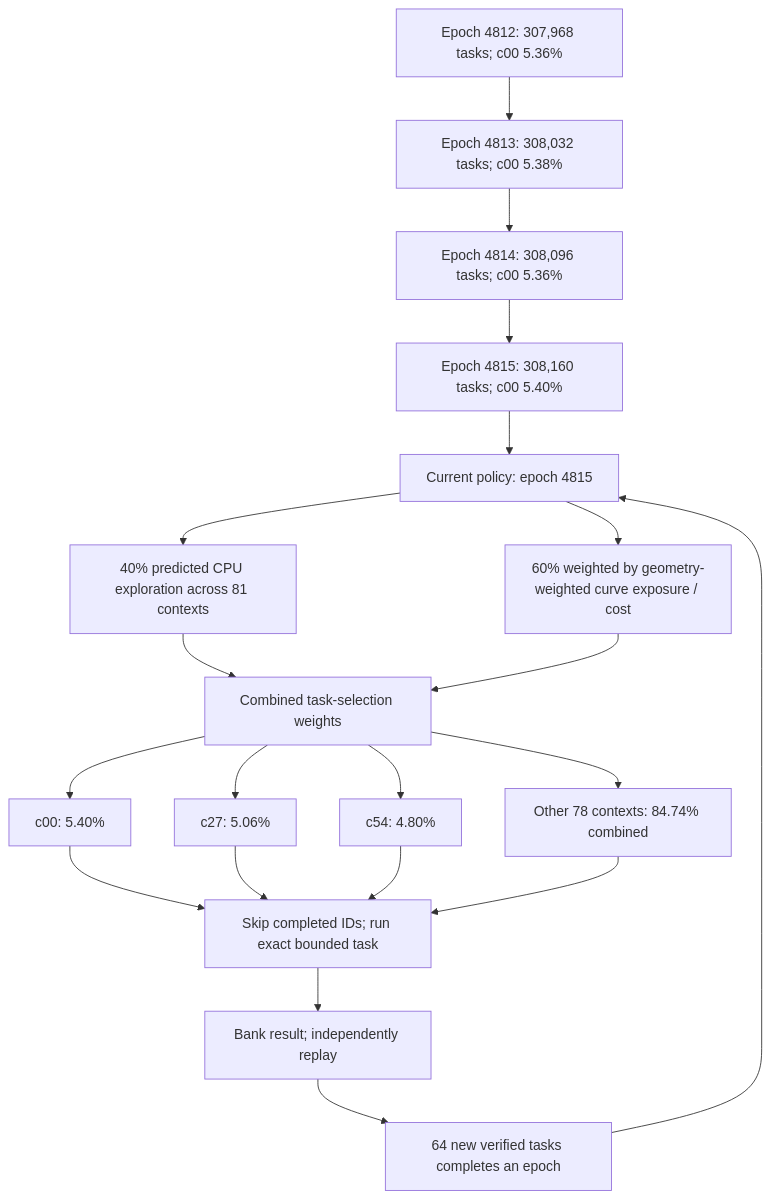
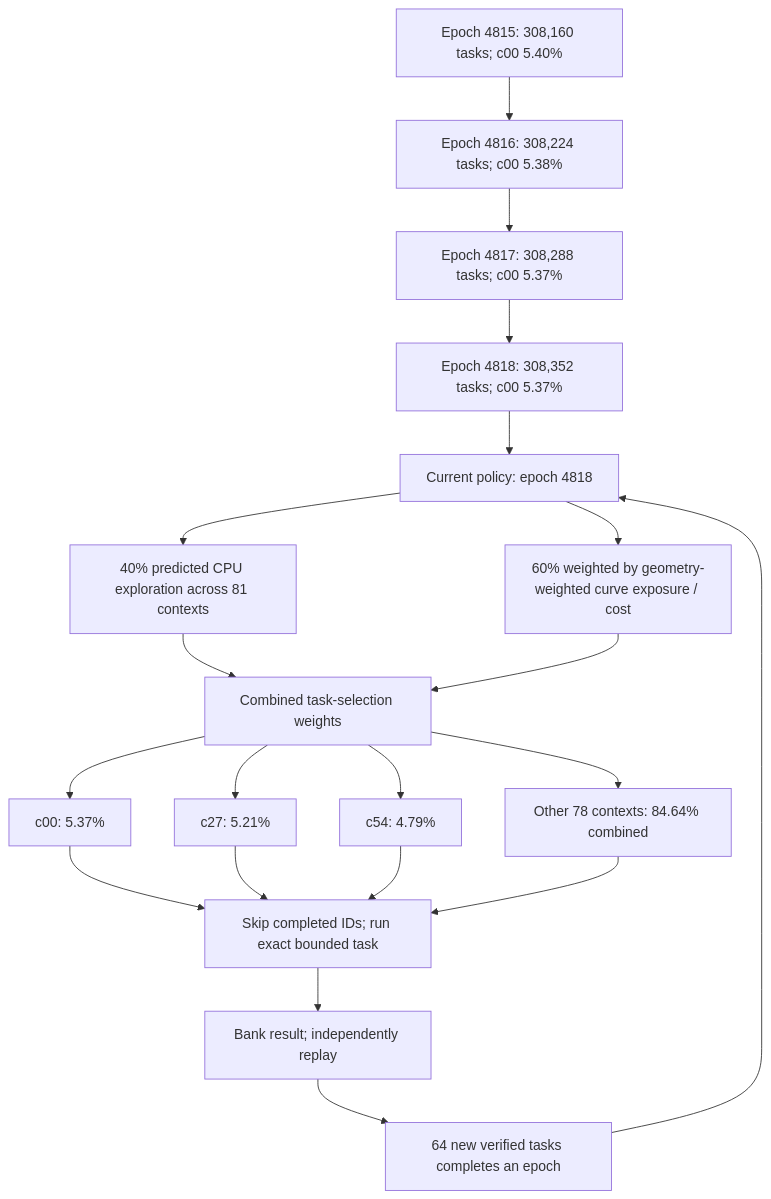
The first of 3 diagrams in README.md (Kuberwastaken/math-gambling), drawn with Mermaid before and after one commit. The commit also changed other lines of this file and 458 other files, not shown here.

````diff
--- a/README.md
+++ b/README.md
@@ -60,27 +60,27 @@
 ```mermaid
 flowchart TD
-    H0["Epoch 4812: 307,968 tasks; c00 5.36%"]
-    H1["Epoch 4813: 308,032 tasks; c00 5.38%"]
+    H0["Epoch 4815: 308,160 tasks; c00 5.40%"]
+    H1["Epoch 4816: 308,224 tasks; c00 5.38%"]
     H0 --> H1
-    H2["Epoch 4814: 308,096 tasks; c00 5.36%"]
+    H2["Epoch 4817: 308,288 tasks; c00 5.37%"]
     H1 --> H2
-    H3["Epoch 4815: 308,160 tasks; c00 5.40%"]
+    H3["Epoch 4818: 308,352 tasks; c00 5.37%"]
     H2 --> H3
-    Policy["Current policy: epoch 4815"]
+    Policy["Current policy: epoch 4818"]
     H3 --> Policy
     Policy --> Explore["40% predicted CPU exploration across 81 contexts"]
     Policy --> Cost["60% weighted by geometry-weighted curve exposure / cost"]
     Explore --> Mix["Combined task-selection weights"]
     Cost --> Mix
-    Mix --> C0["c00: 5.40%"]
-    Mix --> C1["c27: 5.06%"]
-    Mix --> C2["c54: 4.80%"]
-    Mix --> Rest["Other 78 contexts: 84.74% combined"]
+    Mix --> C0["c00: 5.37%"]
+    Mix --> C1["c27: 5.21%"]
+    Mix --> C2["c54: 4.79%"]
+    Mix --> Rest["Other 78 contexts: 84.64% combined"]
     C0 --> Check["Skip completed IDs; run exact bounded task"]
     C1 --> Check
     C2 --> Check
     Rest --> Check
     Check --> Replay["Bank result; independently replay"]
     Replay --> Gate["64 new verified tasks completes an epoch"]
     Gate --> Policy
 ```
````
